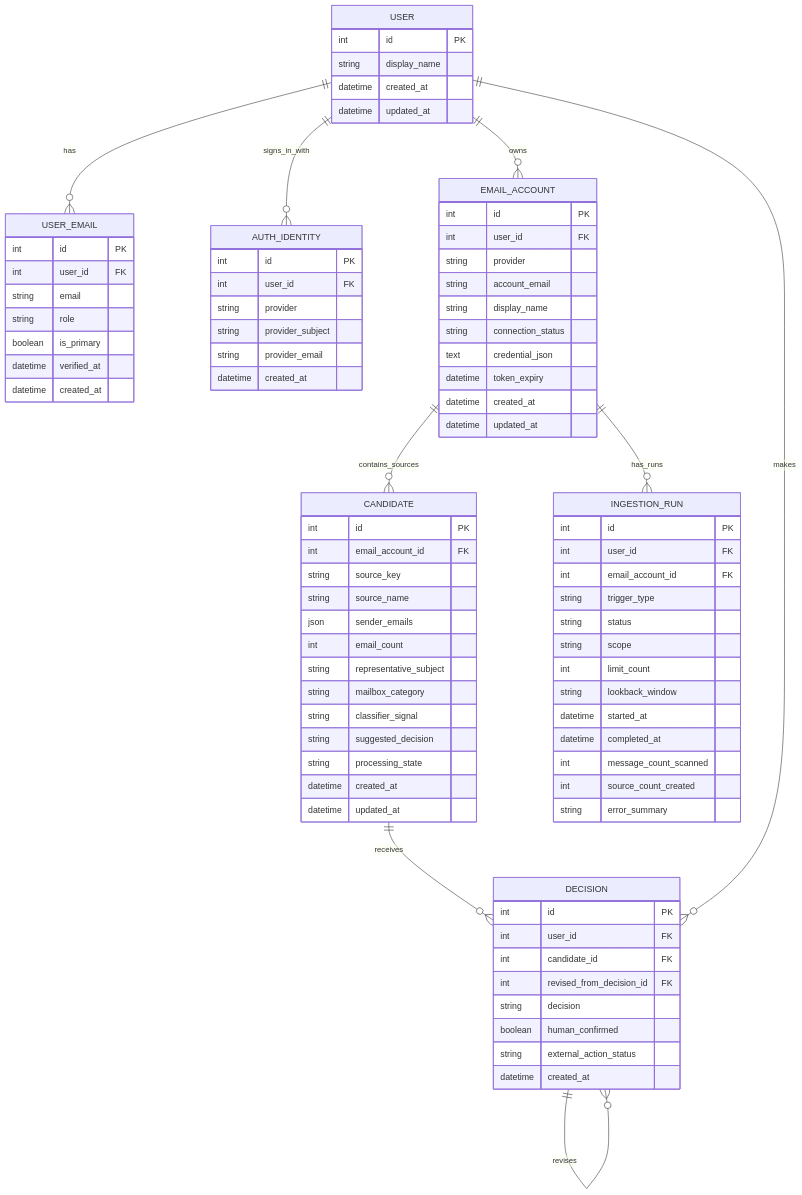
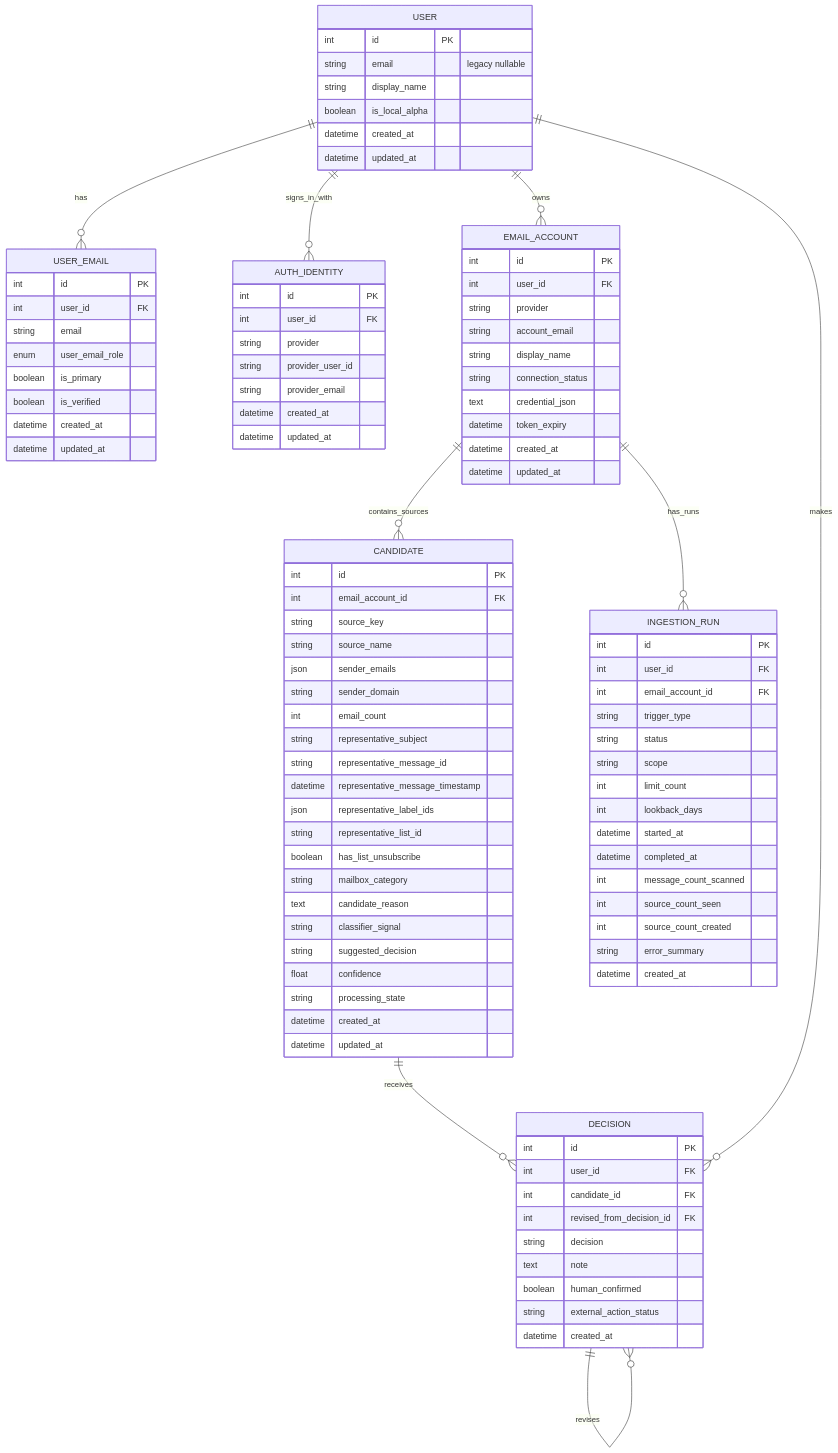
One commit to cashmy/SANE changed the diagram in docs/SANE_Data_Model_ERD.md. Above: the diagram before and after it, drawn with Mermaid. The commit also changed other lines of this file and 8 other files, not shown here.

First line of the commit message:
Add enum-backed UserEmail roles and audit Candidate rename

````diff
--- a/docs/SANE_Data_Model_ERD.md
+++ b/docs/SANE_Data_Model_ERD.md
@@ -49,7 +52,9 @@
 
     USER {
       int id PK
+      string email "legacy nullable"
       string display_name
+      boolean is_local_alpha
       datetime created_at
       datetime updated_at
     }
@@ -58,19 +63,21 @@
       int id PK
       int user_id FK
       string email
-      string role
+      enum user_email_role
       boolean is_primary
-      datetime verified_at
+      boolean is_verified
       datetime created_at
+      datetime updated_at
     }
 
     AUTH_IDENTITY {
       int id PK
       int user_id FK
       string provider
-      string provider_subject
+      string provider_user_id
       string provider_email
       datetime created_at
+      datetime updated_at
     }
 
     EMAIL_ACCOUNT {
@@ -92,11 +99,19 @@
       string source_key
       string source_name
       json sender_emails
+      string sender_domain
       int email_count
       string representative_subject
+      string representative_message_id
+      datetime representative_message_timestamp
+      json representative_label_ids
+      string representative_list_id
+      boolean has_list_unsubscribe
       string mailbox_category
+      text candidate_reason
       string classifier_signal
       string suggested_decision
+      float confidence
       string processing_state
       datetime created_at
       datetime updated_at
@@ -108,6 +123,7 @@
       int candidate_id FK
       int revised_from_decision_id FK
       string decision
+      text note
       boolean human_confirmed
       string external_action_status
       datetime created_at
@@ -121,11 +137,13 @@
       string status
       string scope
       int limit_count
-      string lookback_window
+      int lookback_days
       datetime started_at
       datetime completed_at
       int message_count_scanned
+      int source_count_seen
       int source_count_created
       string error_summary
+      datetime created_at
     }
 ```
````
